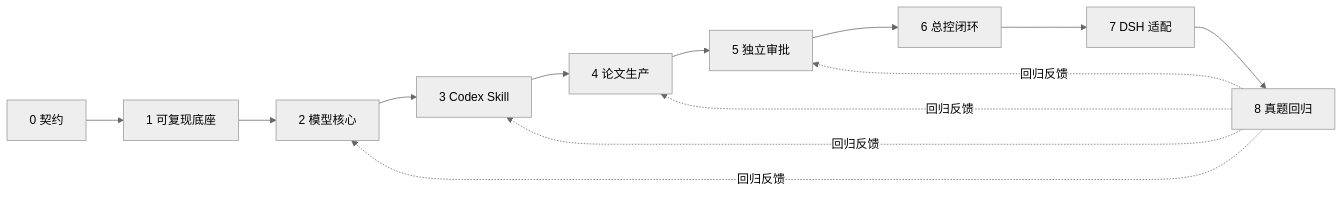
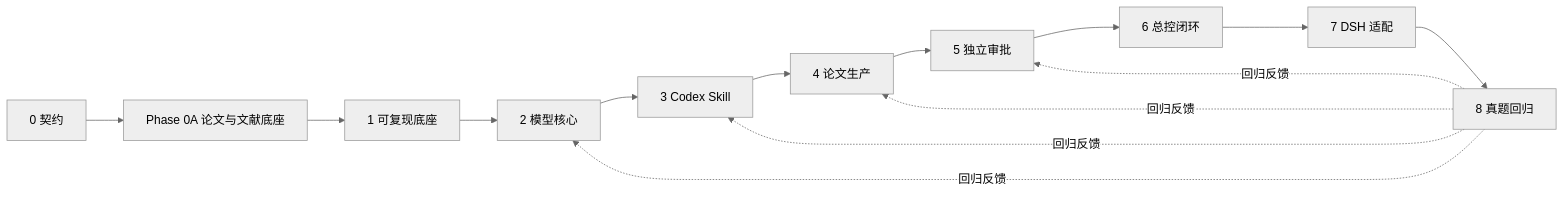
One commit to 1Yuuuuuuu/math_model changed the diagram in docs/superpowers/plans/2026-08-21-cumcm-workbench-implementation.md. Above: the diagram before and after it, drawn with Mermaid (neutral theme). The commit also changed other lines of this file and 3 other files, not shown here.

Commit message:
docs: integrate paper research capability roadmap

````diff
--- a/docs/superpowers/plans/2026-08-21-cumcm-workbench-implementation.md
+++ b/docs/superpowers/plans/2026-08-21-cumcm-workbench-implementation.md
@@ -79,15 +81,16 @@
 ```mermaid
 flowchart LR
-    P0["0 契约"] --> P1["1 可复现底座"]
+    P0["0 契约"] --> P0A["Phase 0A 论文与文献底座"]
+    P0A --> P1["1 可复现底座"]
     P1 --> P2["2 模型核心"]
     P2 --> P3["3 Codex Skill"]
     P3 --> P4["4 论文生产"]
     P4 --> P5["5 独立审批"]
     P5 --> P6["6 总控闭环"]
     P6 --> P7["7 DSH 适配"]
     P7 --> P8["8 真题回归"]
     P8 -.回归反馈.-> P2
     P8 -.回归反馈.-> P3
     P8 -.回归反馈.-> P4
     P8 -.回归反馈.-> P5
 ```
````
